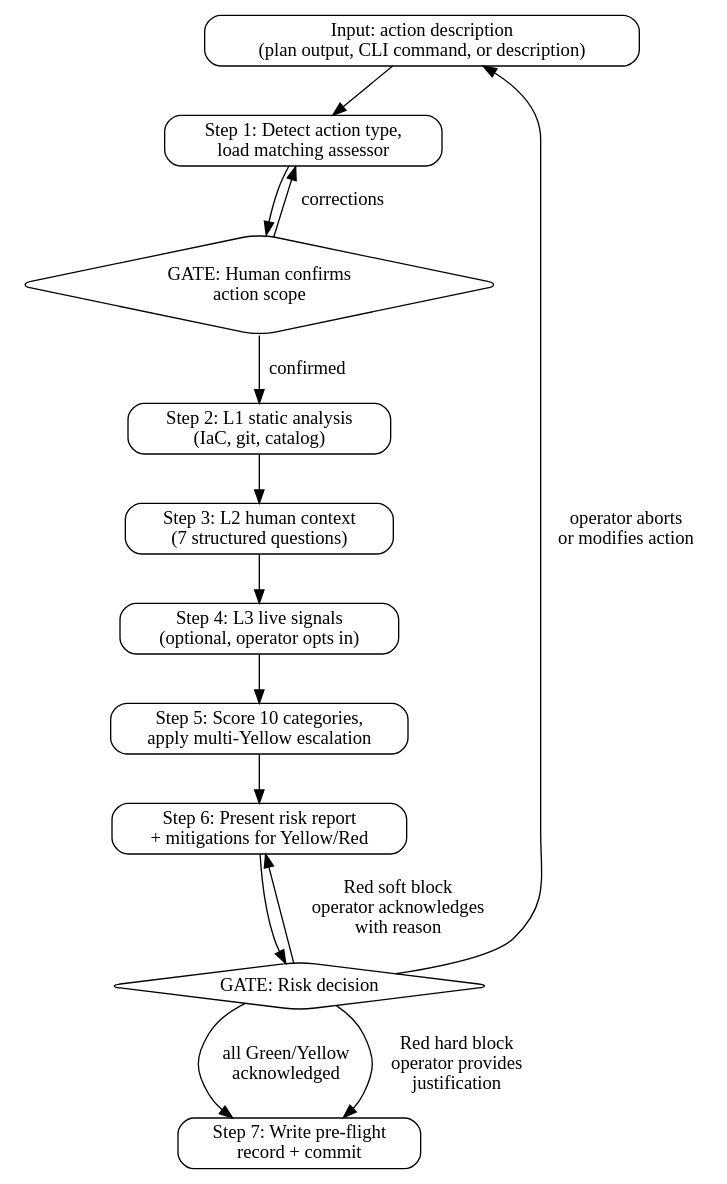
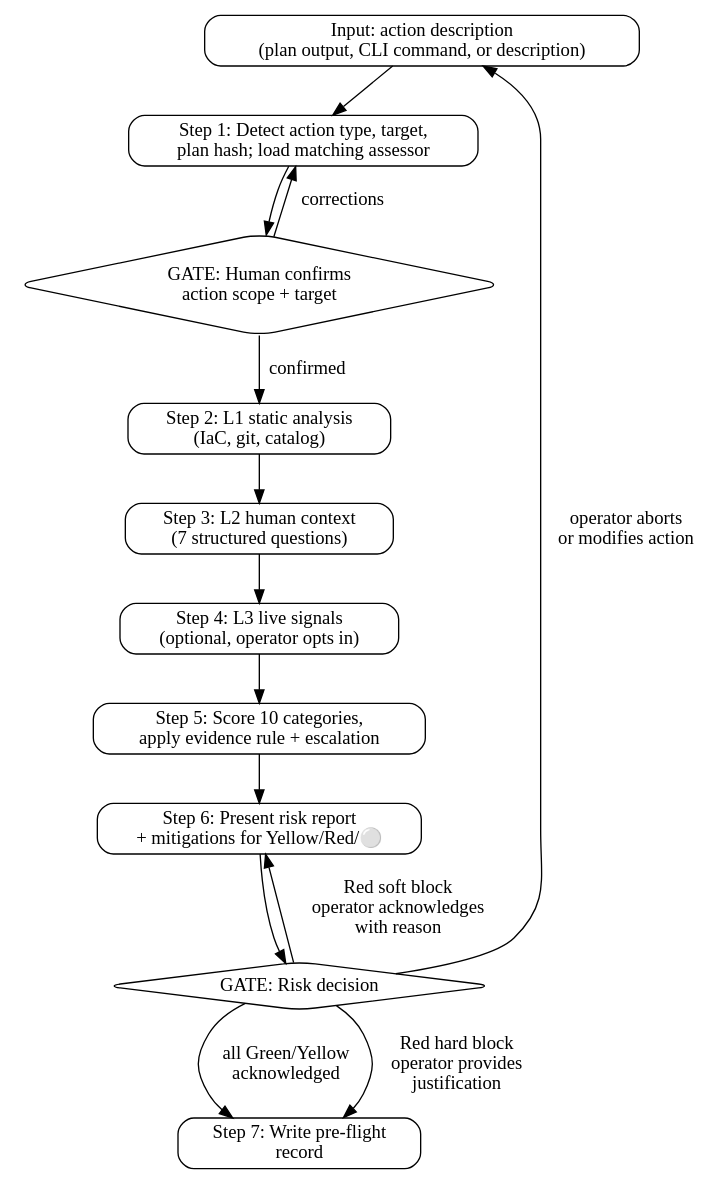
The diagram in skills/pre-flight/SKILL.md (culiops/culiops-agent), drawn with Graphviz before and after one commit. The commit also changed other lines of this file and 13 other files, not shown here.

````diff
--- a/skills/pre-flight/SKILL.md
+++ b/skills/pre-flight/SKILL.md
@@ -135,31 +161,31 @@
 ```dot
 digraph preflight {
     rankdir=TB;
     node [shape=box, style=rounded];
 
     input     [label="Input: action description\n(plan output, CLI command, or description)"];
-    detect    [label="Step 1: Detect action type,\nload matching assessor"];
-    gate1     [label="GATE: Human confirms\naction scope", shape=diamond];
+    detect    [label="Step 1: Detect action type, target,\nplan hash; load matching assessor"];
+    gate1     [label="GATE: Human confirms\naction scope + target", shape=diamond];
     static    [label="Step 2: L1 static analysis\n(IaC, git, catalog)"];
     human     [label="Step 3: L2 human context\n(7 structured questions)"];
     live      [label="Step 4: L3 live signals\n(optional, operator opts in)"];
-    score     [label="Step 5: Score 10 categories,\napply multi-Yellow escalation"];
-    report    [label="Step 6: Present risk report\n+ mitigations for Yellow/Red"];
+    score     [label="Step 5: Score 10 categories,\napply evidence rule + escalation"];
+    report    [label="Step 6: Present risk report\n+ mitigations for Yellow/Red/⚪"];
     gate2     [label="GATE: Risk decision", shape=diamond];
-    record    [label="Step 7: Write pre-flight\nrecord + commit"];
+    record    [label="Step 7: Write pre-flight\nrecord"];
 
     input -> detect;
     detect -> gate1;
     gate1 -> static    [label="confirmed"];
     gate1 -> detect    [label="corrections"];
     static -> human;
     human -> live;
     live -> score;
     score -> report;
     report -> gate2;
     gate2 -> record    [label="all Green/Yellow\nacknowledged"];
     gate2 -> report    [label="Red soft block\noperator acknowledges\nwith reason"];
     gate2 -> record    [label="Red hard block\noperator provides\njustification"];
     gate2 -> input     [label="operator aborts\nor modifies action"];
 }
 ```
````
